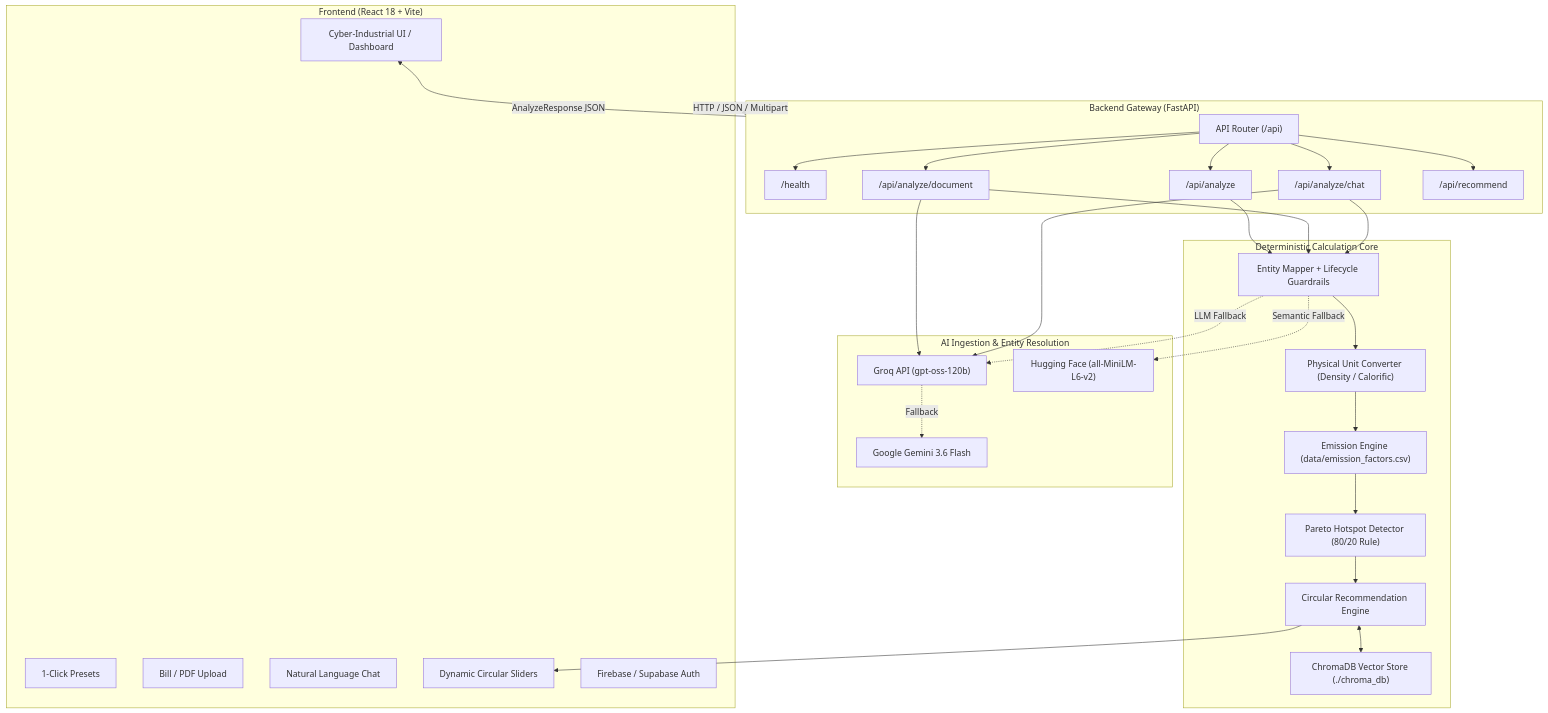
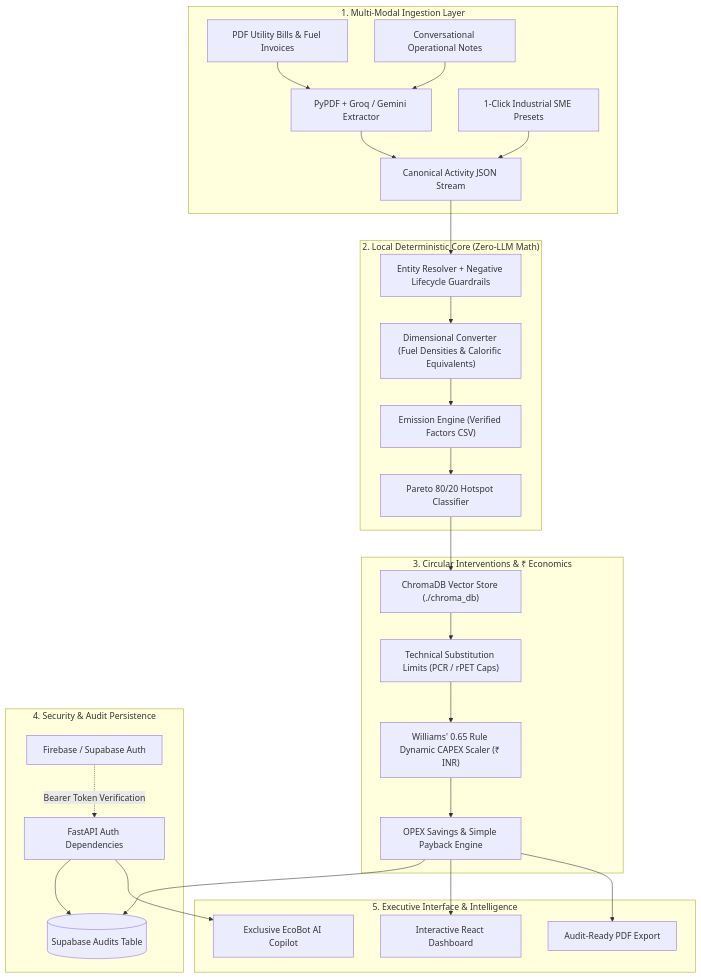
Before and after one commit to SalazarZ3U5/EcoLeak: the diagram in README.md, drawn with Mermaid. The commit also changed other lines of this file and 22 other files, not shown here.

````diff
--- a/README.md
+++ b/README.md
@@ -134,53 +119,35 @@
 ```mermaid
 flowchart TD
-    subgraph Client["Frontend (React 18 + Vite)"]
-        UI["Cyber-Industrial UI / Dashboard"]
-        Preset["1-Click Presets"]
-        DocUp["Bill / PDF Upload"]
-        Chat["Natural Language Chat"]
-        Slider["Dynamic Circular Sliders"]
-        Auth["Firebase / Supabase Auth"]
+    subgraph Ingestion["1. Multi-Modal Ingestion Layer"]
+        A1["PDF Utility Bills & Fuel Invoices"] --> B["PyPDF + Groq / Gemini Extractor"]
+        A2["Conversational Operational Notes"] --> B
+        A3["1-Click Industrial SME Presets"] --> C["Canonical Activity JSON Stream"]
+        B --> C
     end
 
-    subgraph API["Backend Gateway (FastAPI)"]
-        Router["API Router (/api)"]
-        HealthEP["/health"]
-        AnalyzeEP["/api/analyze"]
-        DocEP["/api/analyze/document"]
-        ChatEP["/api/analyze/chat"]
-        RecEP["/api/recommend"]
+    subgraph DeterministicCore["2. Local Deterministic Core (Zero-LLM Math)"]
+        C --> D["Entity Resolver + Negative Lifecycle Guardrails"]
+        D --> E["Dimensional Converter (Fuel Densities & Calorific Equivalents)"]
+        E --> F["Emission Engine (Verified Factors CSV)"]
+        F --> G["Pareto 80/20 Hotspot Classifier"]
     end
 
-    subgraph AI["AI Ingestion & Entity Resolution"]
-        Groq["Groq API (gpt-oss-120b)"]
-        Gemini["Google Gemini 3.6 Flash"]
-        HF["Hugging Face (all-MiniLM-L6-v2)"]
+    subgraph CircularEconomy["3. Circular Interventions & ₹ Economics"]
+        G --> H["ChromaDB Vector Store (./chroma_db)"]
+        H --> I["Technical Substitution Limits (PCR / rPET Caps)"]
+        I --> J["Williams' 0.65 Rule Dynamic CAPEX Scaler (₹ INR)"]
+        J --> K["OPEX Savings & Simple Payback Engine"]
     end
 
-    subgraph Core["Deterministic Calculation Core"]
-        Mapper["Entity Mapper + Lifecycle Guardrails"]
-        Converter["Physical Unit Converter (Density / Calorific)"]
-        Engine["Emission Engine (data/emission_factors.csv)"]
-        Pareto["Pareto Hotspot Detector (80/20 Rule)"]
-        Circular["Circular Recommendation Engine"]
-        Chroma["ChromaDB Vector Store (./chroma_db)"]
+    subgraph AuthAndPersistence["4. Security & Audit Persistence"]
+        AUTH["Firebase / Supabase Auth"] -.->|"Bearer Token Verification"| SEC["FastAPI Auth Dependencies"]
+        SEC --> DB[("Supabase Audits Table")]
+        K --> DB
     end
 
-    Client -->|HTTP / JSON / Multipart| API
-    Router --> AnalyzeEP & DocEP & ChatEP & RecEP & HealthEP
-    
-    DocEP & ChatEP --> Groq
-    Groq -.->|Fallback| Gemini
-    
-    AnalyzeEP & DocEP & ChatEP --> Mapper
-    Mapper -.->|Semantic Fallback| HF
-    Mapper -.->|LLM Fallback| Groq
-    
-    Mapper --> Converter --> Engine
-    Engine --> Pareto
-    Pareto --> Circular
-    Circular <--> Chroma
-    Circular --> Slider
-    
-    API -->|AnalyzeResponse JSON| UI
+    subgraph Delivery["5. Executive Interface & Intelligence"]
+        K --> L1["Interactive React Dashboard"]
+        K --> L2["Audit-Ready PDF Export"]
+        SEC --> ECOBOT["Exclusive EcoBot AI Copilot"]
+    end
 ```
````
